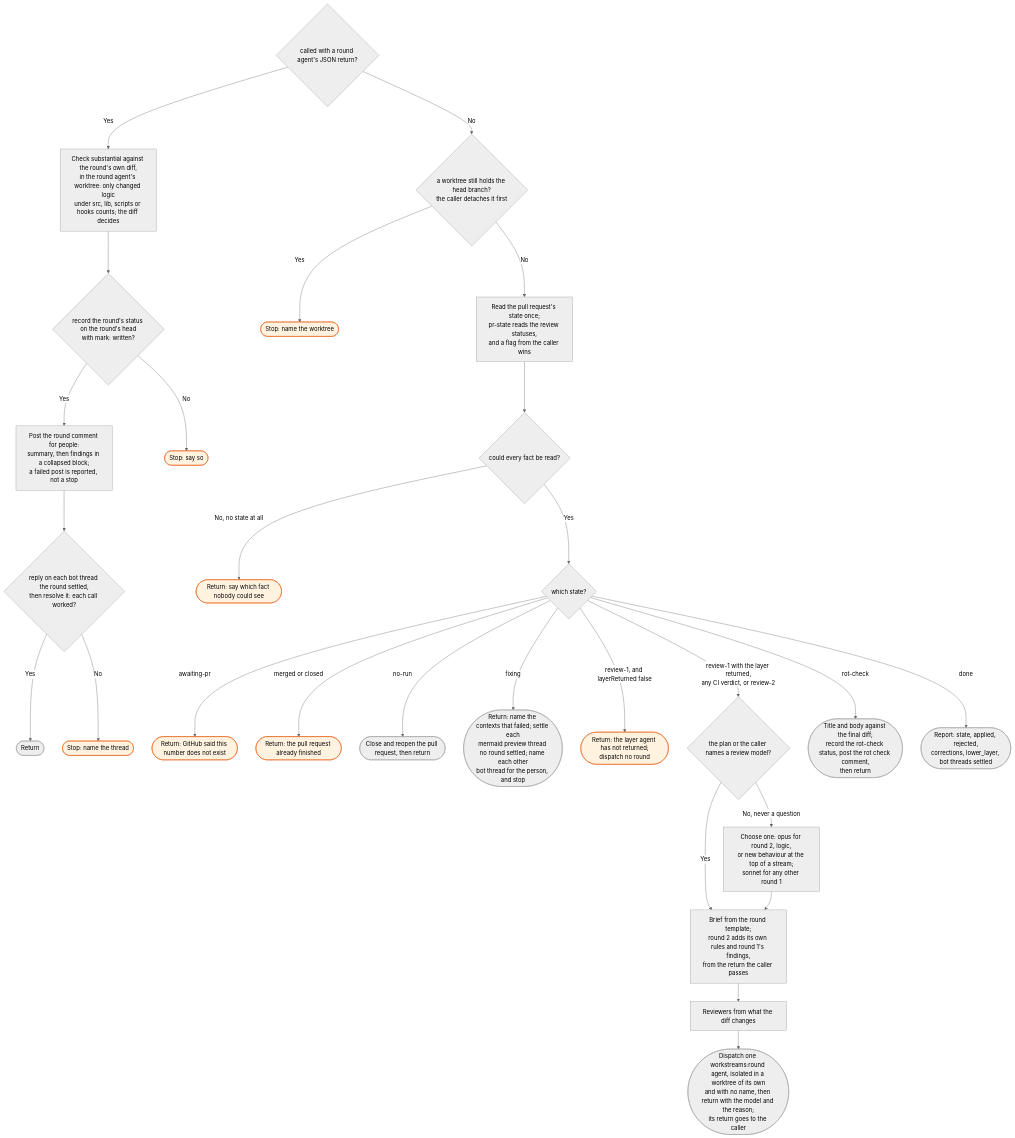
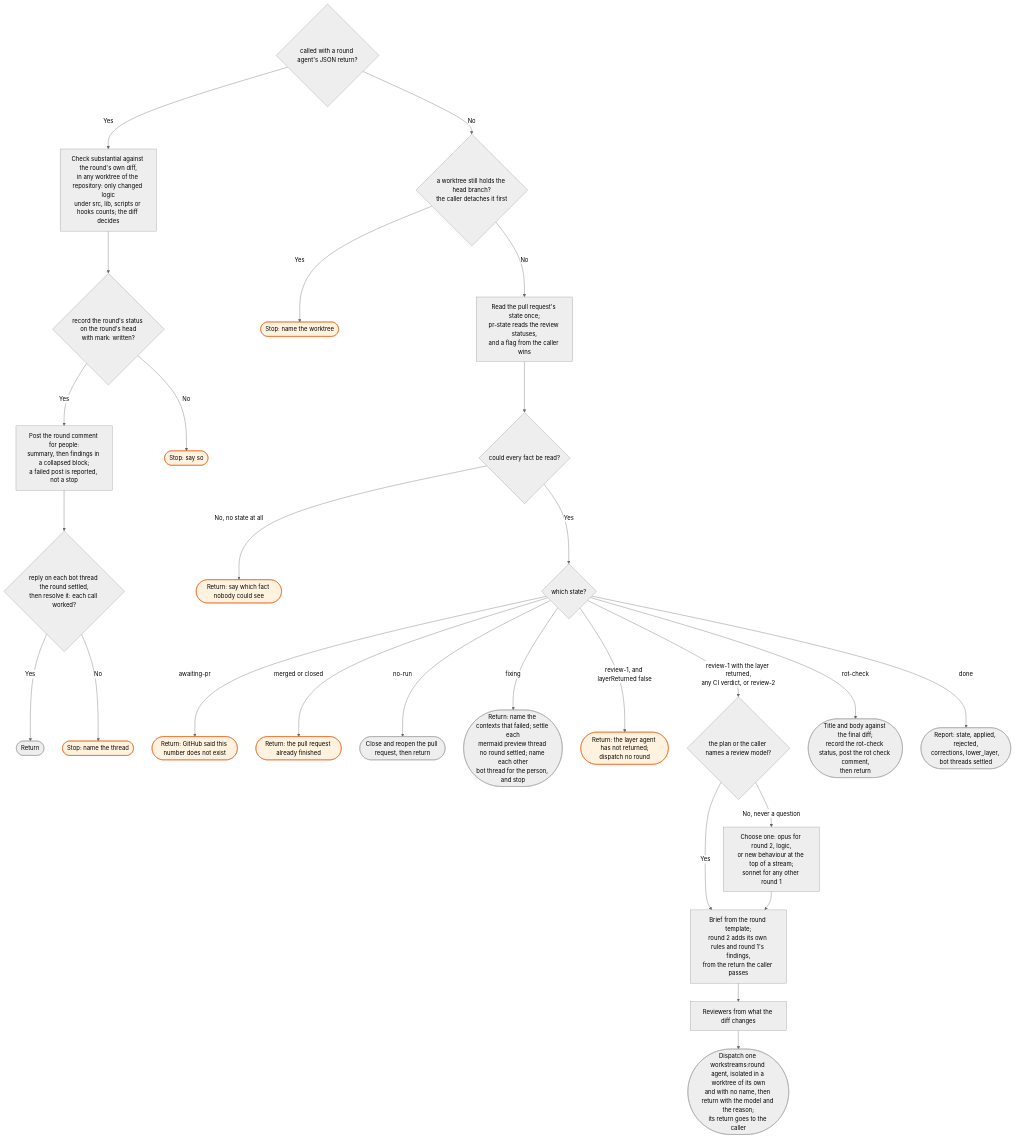
Before and after one commit to bje-settings/claude: the diagram in docs/flows/workstreams/review/_skill-flow.md, drawn with Mermaid (neutral theme). The commit also changed other lines of this file and 3 other files, not shown here.

````diff
--- a/docs/flows/workstreams/review/_skill-flow.md
+++ b/docs/flows/workstreams/review/_skill-flow.md
@@ -15,36 +15,36 @@
 ```mermaid
 flowchart TD
     R0{called with a round agent's JSON return?}
-    R0 -->|Yes| RS[Check substantial against the round's own diff,<br/>in the round agent's worktree: only changed logic<br/>under src, lib, scripts or hooks counts; the diff decides]
+    R0 -->|Yes| RS[Check substantial against the round's own diff,<br/>in any worktree of the repository: only changed logic<br/>under src, lib, scripts or hooks counts; the diff decides]
     RS --> R2{record the round's status on the round's head<br/>with mark: written?}
     R2 -->|Yes| CM[Post the round comment for people:<br/>summary, then findings in a collapsed block;<br/>a failed post is reported, not a stop]
     CM --> BT{reply on each bot thread the round settled,<br/>then resolve it: each call worked?}
     R2 -->|No| R3([Stop: say so]):::stop
     BT -->|Yes| R1([Return])
     BT -->|No| BT1([Stop: name the thread]):::stop
     R0 -->|No| W{a worktree still holds the head branch?<br/>the caller detaches it first}
     W -->|Yes| W1([Stop: name the worktree]):::stop
     W -->|No| C[Read the pull request's state once;<br/>pr-state reads the review statuses,<br/>and a flag from the caller wins]
 
     C --> D{could every fact be read?}
     D -->|No, no state at all| D1([Return: say which fact nobody could see]):::stop
     D -->|Yes| E{which state?}
 
     E -->|awaiting-pr| E1([Return: GitHub said this number does not exist]):::stop
     E -->|merged or closed| E1b([Return: the pull request already finished]):::stop
     E -->|no-run| F([Close and reopen the pull request, then return])
     E -->|fixing| G2([Return: name the contexts that failed; settle each<br/>mermaid preview thread no round settled; name each other<br/>bot thread for the person, and stop])
 
     E -->|review-1, and layerReturned false| EL([Return: the layer agent has not returned;<br/>dispatch no round]):::stop
     E -->|review-1 with the layer returned,<br/>any CI verdict, or review-2| M{the plan or the caller names a review model?}
     M -->|Yes| I
     M -->|No, never a question| M1[Choose one: opus for round 2, logic,<br/>or new behaviour at the top of a stream;<br/>sonnet for any other round 1] --> I
     I[Brief from the round template;<br/>round 2 adds its own rules and round 1's findings,<br/>from the return the caller passes]
     I --> J[Reviewers from what the diff changes]
     J --> K([Dispatch one workstreams:round agent, isolated in a worktree of its own<br/>and with no name, then return with the model and the reason;<br/>its return goes to the caller])
 
     E -->|rot-check| Q([Title and body against the final diff;<br/>record the rot-check status, post the rot check comment,<br/>then return])
     E -->|done| S([Report: state, applied, rejected,<br/>corrections, lower_layer, bot threads settled])
 
     classDef stop fill:#fff3e0,stroke:#e65100,color:#000
 ```
````
